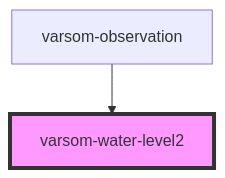
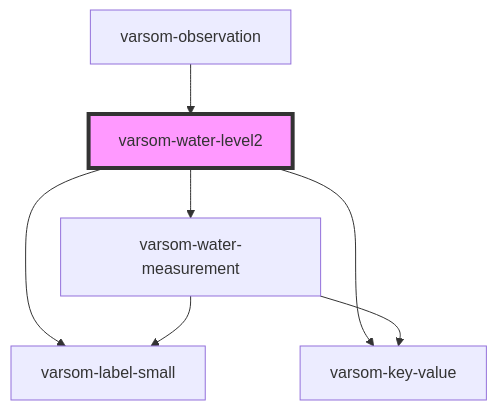
The diagram in observasjonskort/src/components/varsom-water-level2/readme.md (NVE/varsom-observation), drawn with Mermaid before and after one commit. The commit also changed other lines of this file and 10 other files, not shown here.

Commit message:
updated water measurement and waterlevel 2 components

````diff
--- a/observasjonskort/src/components/varsom-water-level2/readme.md
+++ b/observasjonskort/src/components/varsom-water-level2/readme.md
@@ -27,5 +47,10 @@
 ```mermaid
 graph TD;
+  varsom-water-level2 --> varsom-label-small
+  varsom-water-level2 --> varsom-key-value
+  varsom-water-level2 --> varsom-water-measurement
+  varsom-water-measurement --> varsom-label-small
+  varsom-water-measurement --> varsom-key-value
   varsom-observation --> varsom-water-level2
   style varsom-water-level2 fill:#f9f,stroke:#333,stroke-width:4px
 ```
````
